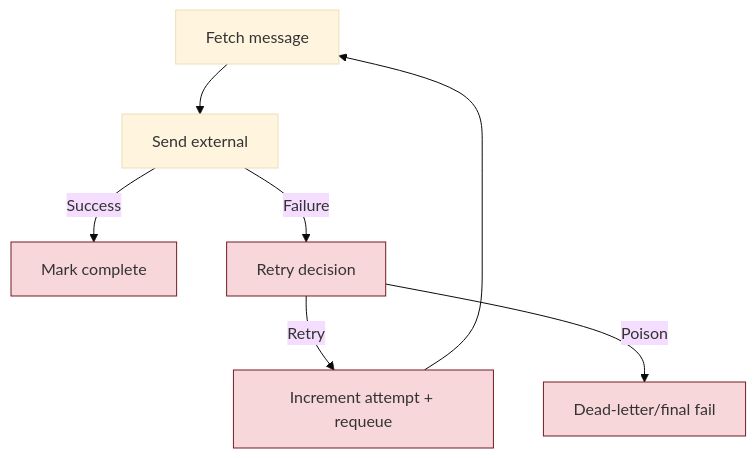
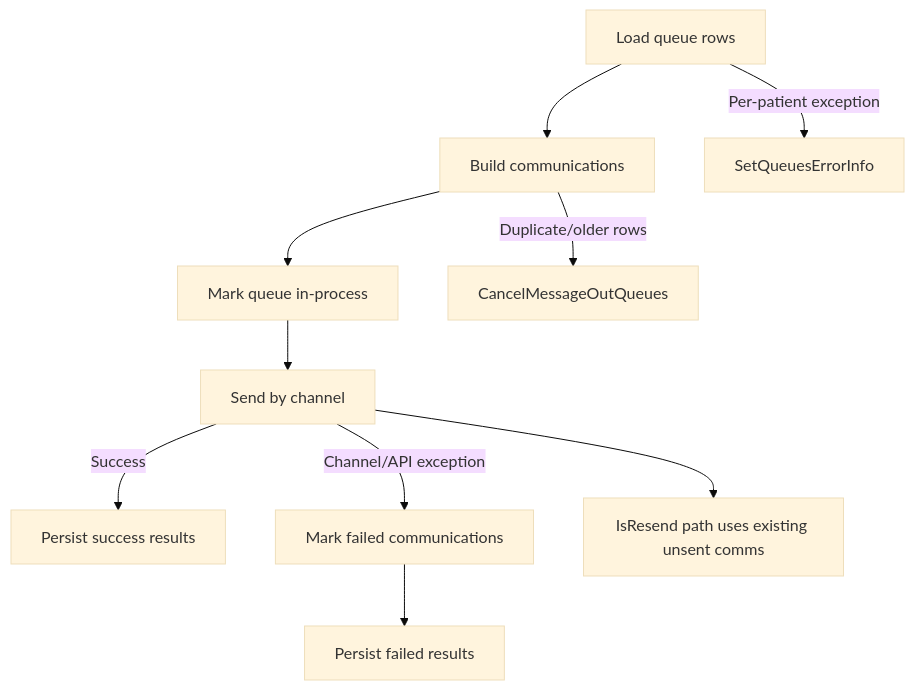
Before and after one commit to straycoder2026/tester: the fifth of 5 diagrams in Phase2_MessageOutQueueProcess_Assessment.md, drawn with Mermaid (base theme). The commit also changed other lines of this file, not shown here.

````diff
--- a/Phase2_MessageOutQueueProcess_Assessment.md
+++ b/Phase2_MessageOutQueueProcess_Assessment.md
@@ -179,16 +326,13 @@
 ```mermaid
 flowchart TD
-	A[Fetch message] --> B[Send external]
-	B -->|Success| C[Mark complete]
-	B -->|Failure| D[Retry decision]
-	D -->|Retry| E[Increment attempt + requeue]
-	D -->|Poison| F[Dead-letter/final fail]
-	E --> A
+    A[Load queue rows] --> B[Build communications]
+    B --> C[Mark queue in-process]
+    C --> D[Send by channel]
+    D -->|Success| E[Persist success results]
+    D -->|Channel/API exception| F[Mark failed communications]
+    F --> G[Persist failed results]
+    B -->|Duplicate/older rows| H[CancelMessageOutQueues]
+    A -->|Per-patient exception| I[SetQueuesErrorInfo]
 
-	C:::rv
-	D:::rv
-	E:::rv
-	F:::rv
-
-	classDef rv fill:#f8d7da,stroke:#721c24,color:#333;
+    D --> J[IsResend path uses existing unsent comms]
 ```
````
